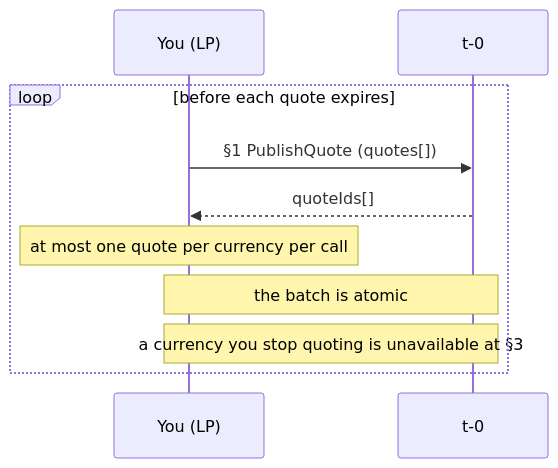
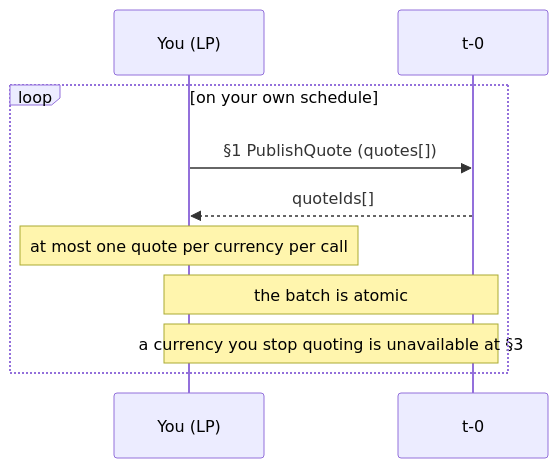
One commit to t-0-network/usdt-pay-docs changed the first of 2 diagrams in content/docs/payments/liquidity-provider.md. Above: the diagram before and after it, drawn with Mermaid. The commit also changed other lines of this file and 2 other files, not shown here.

````diff
--- a/content/docs/payments/liquidity-provider.md
+++ b/content/docs/payments/liquidity-provider.md
@@ -35,13 +35,13 @@
 ```mermaid
 sequenceDiagram
     participant LP as You (LP)
     participant T0 as t-0
 
-    loop before each quote expires
+    loop on your own schedule
         LP->>T0: §1 PublishQuote (quotes[])
         T0-->>LP: quoteIds[]
         Note over LP: at most one quote per currency per call
         Note over LP,T0: the batch is atomic
         Note over LP,T0: a currency you stop quoting is unavailable at §3
     end
 ```
````
